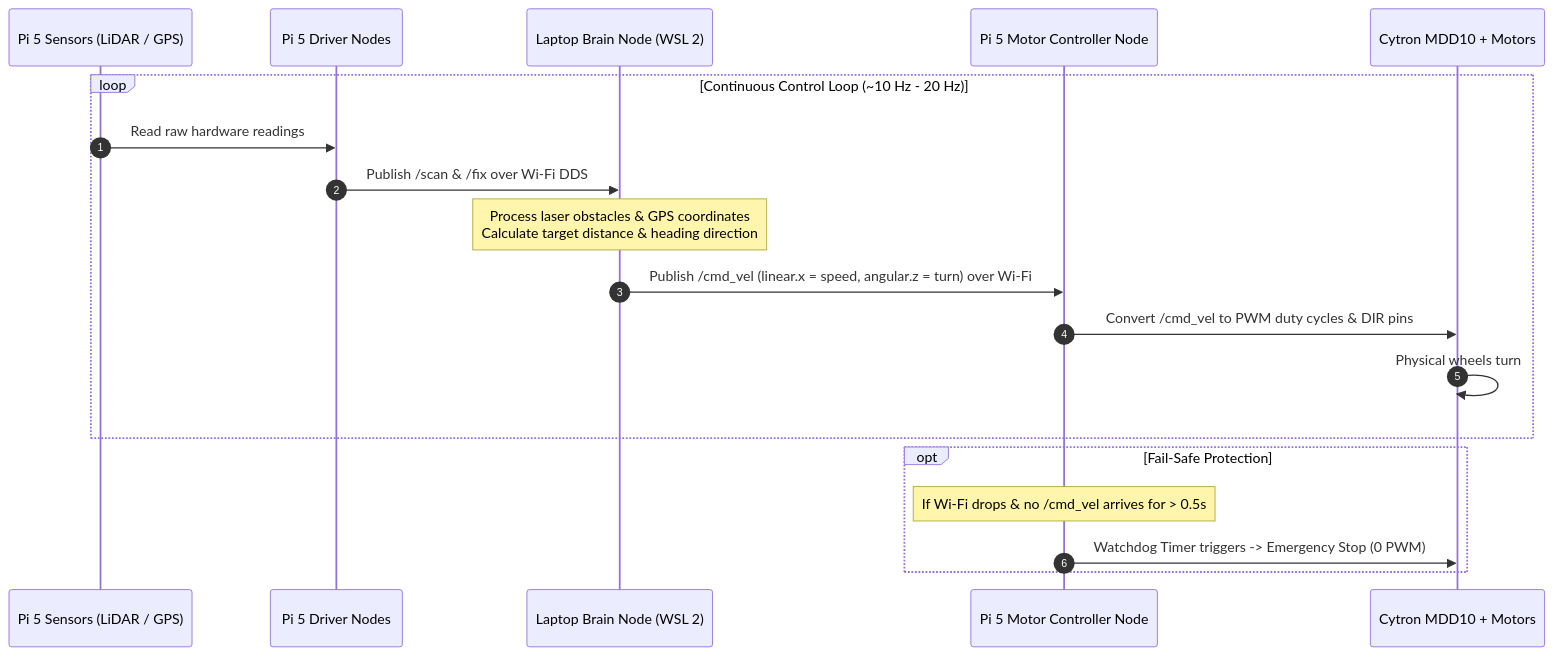
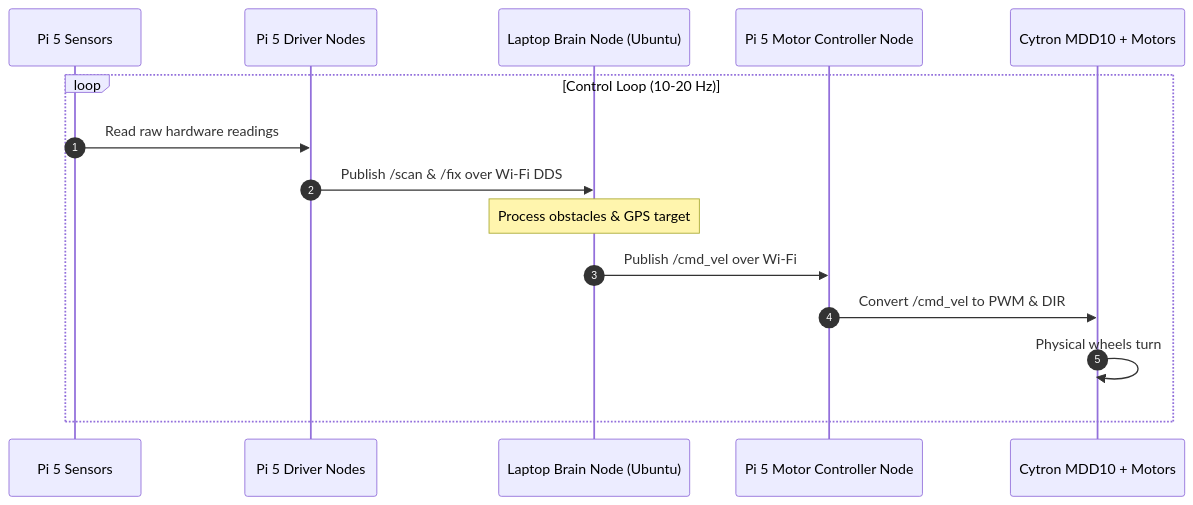
One commit to Bandiesabme/ConeRobot changed the second of 3 diagrams in documentation/ARCHITECTURE.md. Above: the diagram before and after it, drawn with Mermaid. The commit also changed other lines of this file and 13 other files, not shown here.

````diff
--- a/documentation/ARCHITECTURE.md
+++ b/documentation/ARCHITECTURE.md
@@ -84,23 +112,18 @@
 ```mermaid
 sequenceDiagram
     autonumber
-    participant Sensors as Pi 5 Sensors (LiDAR / GPS)
+    participant Sensors as Pi 5 Sensors
     participant PiDriver as Pi 5 Driver Nodes
-    participant LaptopBrain as Laptop Brain Node (WSL 2)
+    participant LaptopBrain as Laptop Brain Node (Ubuntu)
     participant MotorNode as Pi 5 Motor Controller Node
     participant Motors as Cytron MDD10 + Motors
 
-    loop Continuous Control Loop (~10 Hz - 20 Hz)
+    loop Control Loop (10-20 Hz)
         Sensors->>PiDriver: Read raw hardware readings
         PiDriver->>LaptopBrain: Publish /scan & /fix over Wi-Fi DDS
-        Note over LaptopBrain: Process laser obstacles & GPS coordinates<br/>Calculate target distance & heading direction
-        LaptopBrain->>MotorNode: Publish /cmd_vel (linear.x = speed, angular.z = turn) over Wi-Fi
-        MotorNode->>Motors: Convert /cmd_vel to PWM duty cycles & DIR pins
+        Note over LaptopBrain: Process obstacles & GPS target
+        LaptopBrain->>MotorNode: Publish /cmd_vel over Wi-Fi
+        MotorNode->>Motors: Convert /cmd_vel to PWM & DIR
         Motors->>Motors: Physical wheels turn
     end
-
-    opt Fail-Safe Protection
-        Note over MotorNode: If Wi-Fi drops & no /cmd_vel arrives for > 0.5s
-        MotorNode->>Motors: Watchdog Timer triggers -> Emergency Stop (0 PWM)
-    end
 ```
````
